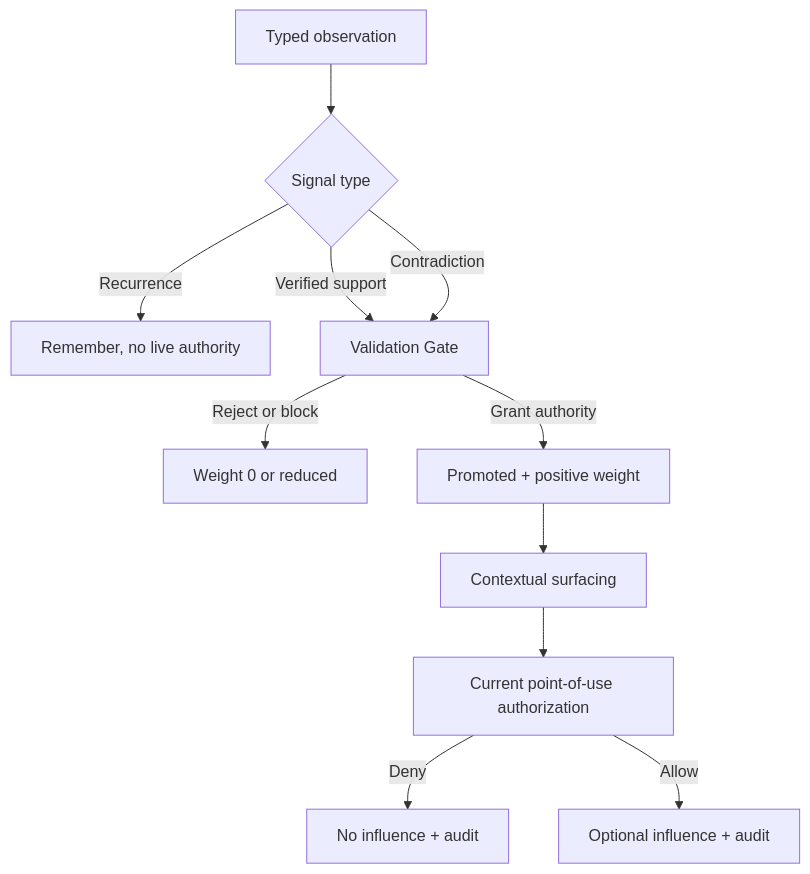
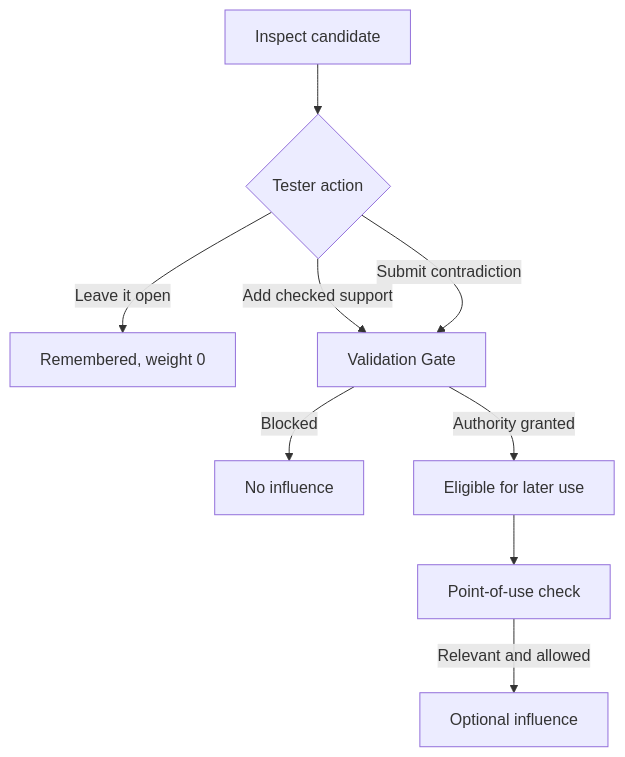
One commit to E-AI-MODEL/shadowseed-pro changed the third of 4 diagrams in docs/architecture/high-level-design.md. Above: the diagram before and after it, drawn with Mermaid. The commit also changed other lines of this file, not shown here.

````diff
--- a/docs/architecture/high-level-design.md
+++ b/docs/architecture/high-level-design.md
@@ -146,13 +118,11 @@
 ```mermaid
 flowchart TD
-    A[Typed observation] --> B{Signal type}
-    B -->|Recurrence| C[Remember, no live authority]
-    B -->|Verified support| D[Validation Gate]
-    B -->|Contradiction| D
-    D -->|Reject or block| E[Weight 0 or reduced]
-    D -->|Grant authority| F[Promoted + positive weight]
-    F --> G[Contextual surfacing]
-    G --> H[Current point-of-use authorization]
-    H -->|Deny| I[No influence + audit]
-    H -->|Allow| J[Optional influence + audit]
+    A[Inspect candidate] --> B{Tester action}
+    B -->|Leave it open| C[Remembered, weight 0]
+    B -->|Add checked support| D[Validation Gate]
+    B -->|Submit contradiction| D
+    D -->|Blocked| E[No influence]
+    D -->|Authority granted| F[Eligible for later use]
+    F --> G[Point-of-use check]
+    G -->|Relevant and allowed| H[Optional influence]
 ```
````
